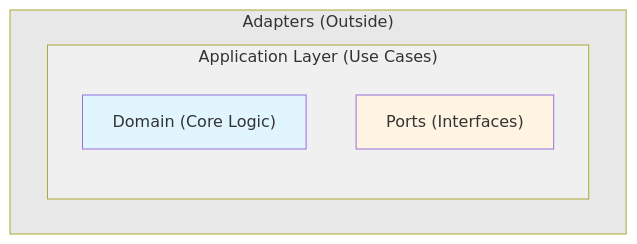
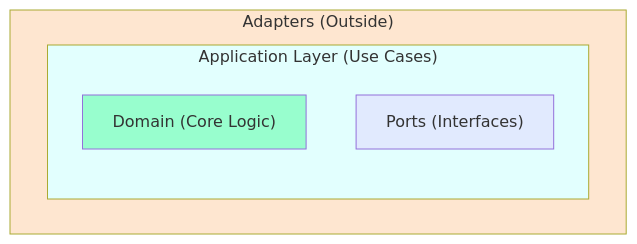
The first of 2 diagrams in packages/hexagonal/README.md (stricture-dev/stricture), drawn with Mermaid before and after one commit. The commit also changed other lines of this file and 4 other files, not shown here.

First line of the commit message:
docs: update Mermaid diagram colors to use custom palette

````diff
--- a/packages/hexagonal/README.md
+++ b/packages/hexagonal/README.md
@@ -16,14 +16,14 @@
 ```mermaid
 graph TB
     subgraph Adapters["Adapters (Outside)"]
         subgraph Application["Application Layer (Use Cases)"]
             Domain["Domain (Core Logic)"]
             Ports["Ports (Interfaces)"]
         end
     end
 
-    style Domain fill:#e1f5ff
-    style Ports fill:#fff4e1
-    style Application fill:#f0f0f0
-    style Adapters fill:#e8e8e8
+    style Domain fill:#98fece
+    style Ports fill:#e1eafe
+    style Application fill:#e2fffe
+    style Adapters fill:#fee6d0
 ```
````
